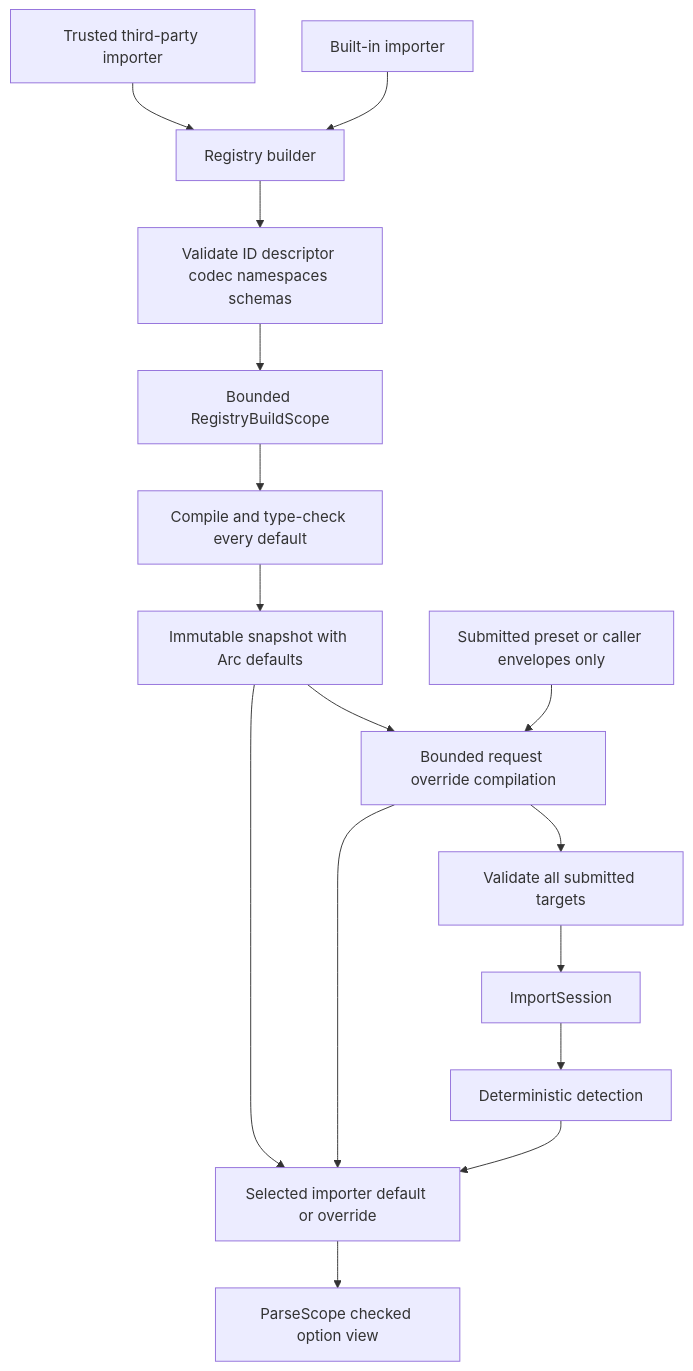
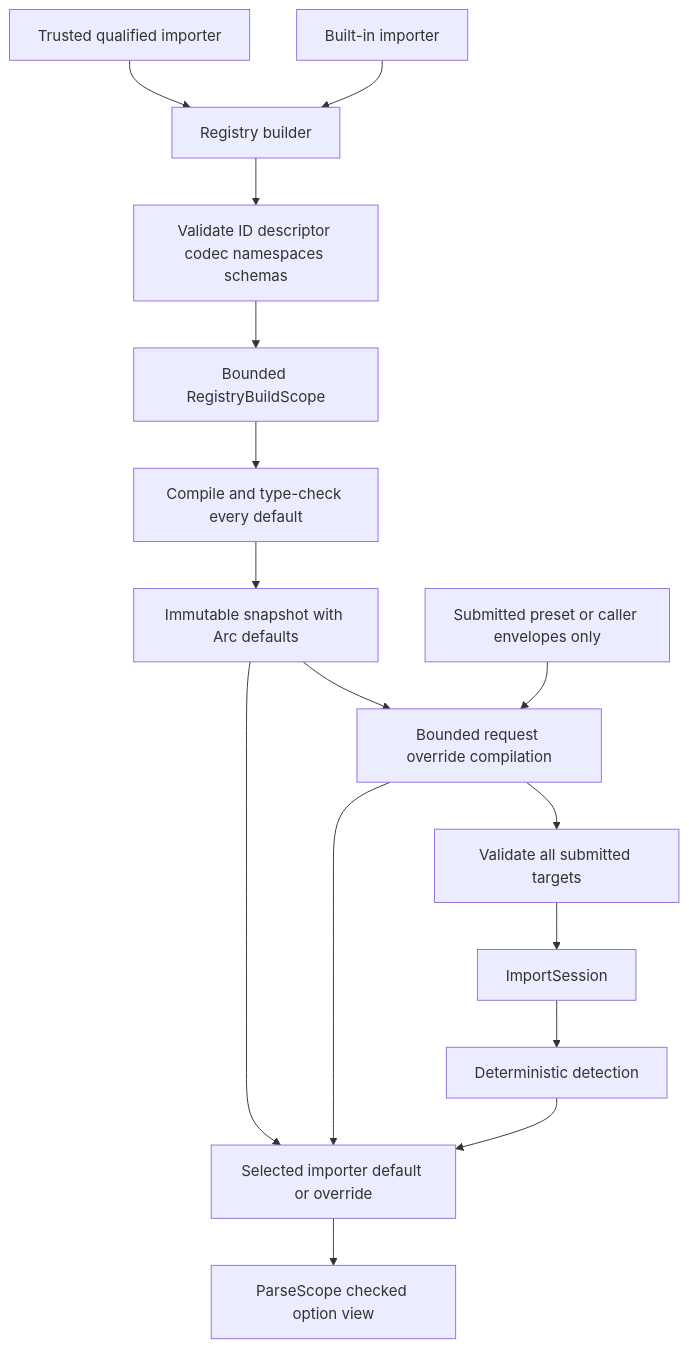
The diagram in docs/adr/0021-extension-registry-and-format-descriptor-governance.md (Latias94/baozi), drawn with Mermaid before and after one commit. The commit also changed other lines of this file and 23 other files, not shown here.

First line of the commit message:
docs(architecture): align import governance and evidence

````diff
--- a/docs/adr/0021-extension-registry-and-format-descriptor-governance.md
+++ b/docs/adr/0021-extension-registry-and-format-descriptor-governance.md
@@ -216,18 +276,18 @@
 ```mermaid
 flowchart TB
     Builtin[Built-in importer] --> Builder[Registry builder]
-    Extension[Trusted third-party importer] --> Builder
+    Extension[Trusted qualified importer] --> Builder
     Builder --> Validate[Validate ID descriptor codec namespaces schemas]
     Validate --> BuildScope[Bounded RegistryBuildScope]
     BuildScope --> DefaultCompile[Compile and type-check every default]
     DefaultCompile --> Snapshot[Immutable snapshot with Arc defaults]
     Submitted[Submitted preset or caller envelopes only] --> Compile[Bounded request override compilation]
     Snapshot --> Compile
     Compile --> Admission[Validate all submitted targets]
     Admission --> Session[ImportSession]
     Session --> Detect[Deterministic detection]
     Detect --> Selected[Selected importer default or override]
     Snapshot --> Selected
     Compile --> Selected
     Selected --> Scope[ParseScope checked option view]
 ```
````
